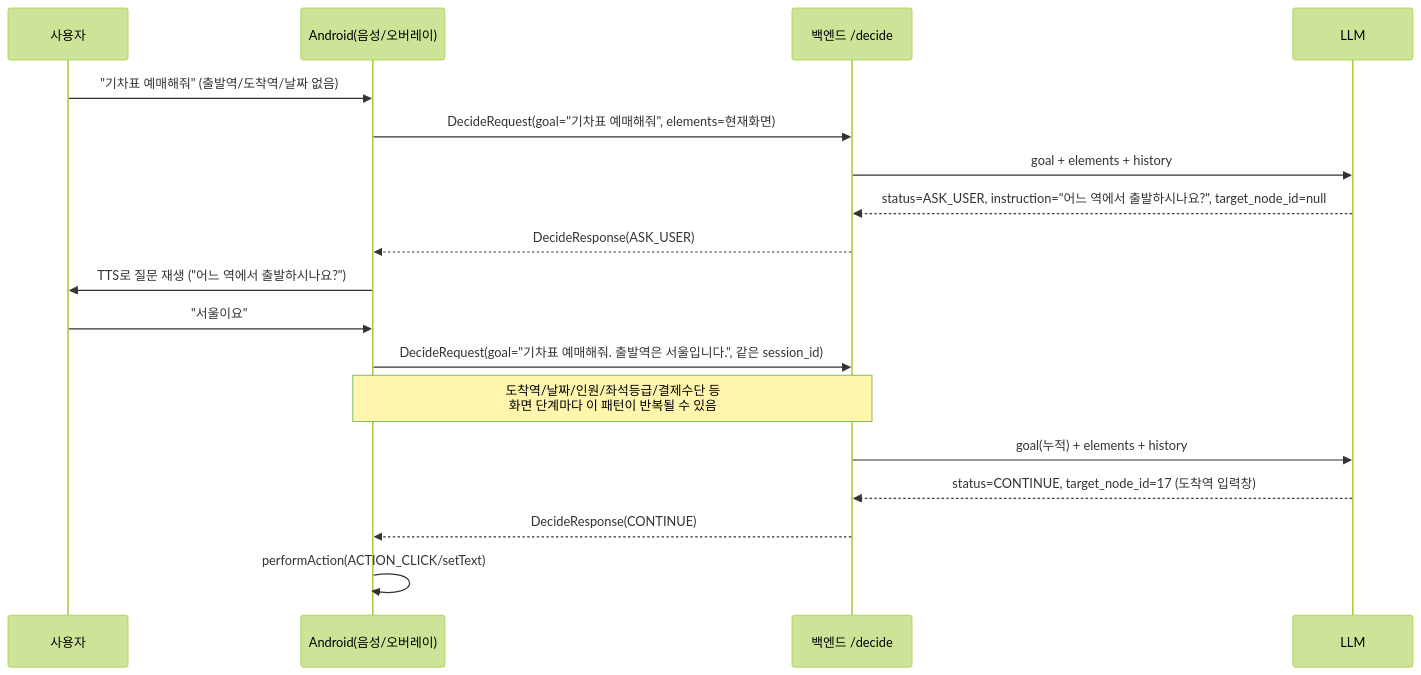
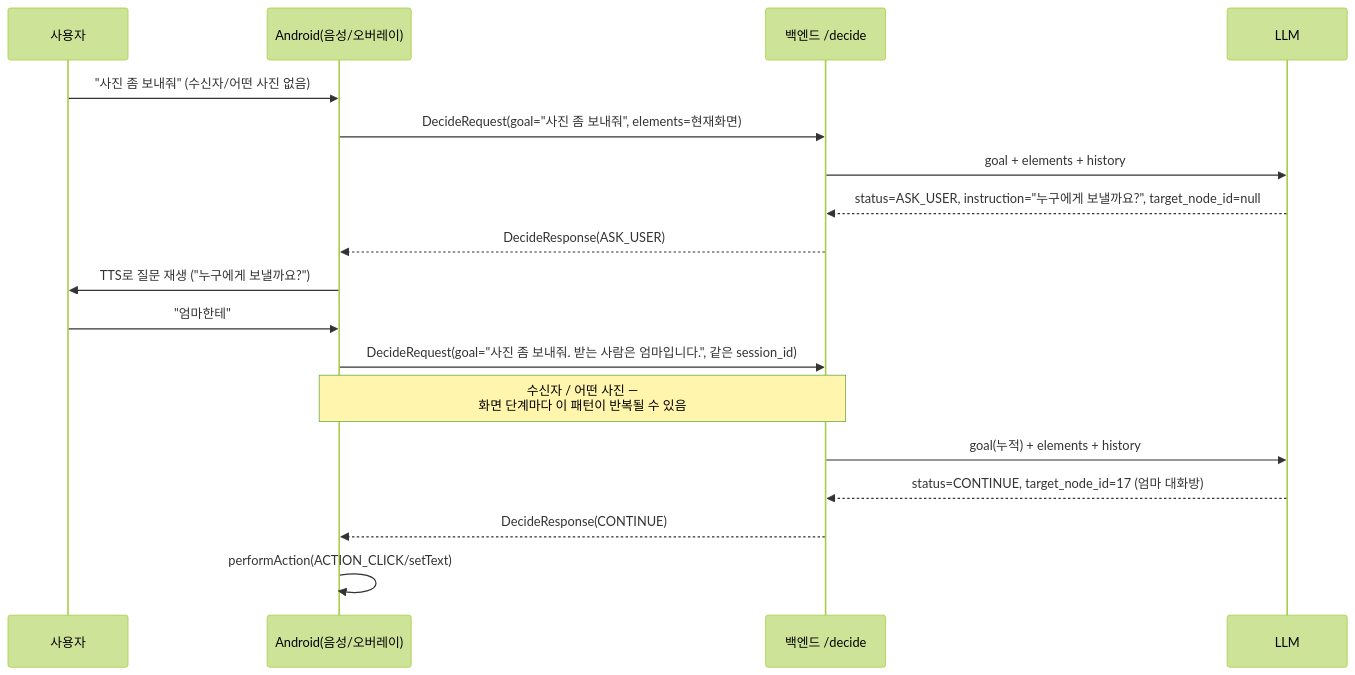
Before and after one commit to jhHa0320/2026-unithon: the second of 2 diagrams in docs/ARCHITECTURE.md, drawn with Mermaid (forest theme). The commit also changed other lines of this file and 6 other files, not shown here.

````diff
--- a/docs/ARCHITECTURE.md
+++ b/docs/ARCHITECTURE.md
@@ -84,21 +84,21 @@
 ```mermaid
 sequenceDiagram
     participant U as 사용자
     participant A as Android(음성/오버레이)
     participant B as 백엔드 /decide
     participant L as LLM
 
-    U->>A: "기차표 예매해줘" (출발역/도착역/날짜 없음)
-    A->>B: DecideRequest(goal="기차표 예매해줘", elements=현재화면)
+    U->>A: "사진 좀 보내줘" (수신자/어떤 사진 없음)
+    A->>B: DecideRequest(goal="사진 좀 보내줘", elements=현재화면)
     B->>L: goal + elements + history
-    L-->>B: status=ASK_USER, instruction="어느 역에서 출발하시나요?", target_node_id=null
+    L-->>B: status=ASK_USER, instruction="누구에게 보낼까요?", target_node_id=null
     B-->>A: DecideResponse(ASK_USER)
-    A->>U: TTS로 질문 재생 ("어느 역에서 출발하시나요?")
-    U->>A: "서울이요"
-    A->>B: DecideRequest(goal="기차표 예매해줘. 출발역은 서울입니다.", 같은 session_id)
-    Note over A,B: 도착역/날짜/인원/좌석등급/결제수단 등<br/>화면 단계마다 이 패턴이 반복될 수 있음
+    A->>U: TTS로 질문 재생 ("누구에게 보낼까요?")
+    U->>A: "엄마한테"
+    A->>B: DecideRequest(goal="사진 좀 보내줘. 받는 사람은 엄마입니다.", 같은 session_id)
+    Note over A,B: 수신자 / 어떤 사진 —<br/>화면 단계마다 이 패턴이 반복될 수 있음
     B->>L: goal(누적) + elements + history
-    L-->>B: status=CONTINUE, target_node_id=17 (도착역 입력창)
+    L-->>B: status=CONTINUE, target_node_id=17 (엄마 대화방)
     B-->>A: DecideResponse(CONTINUE)
     A->>A: performAction(ACTION_CLICK/setText)
 ```
````
